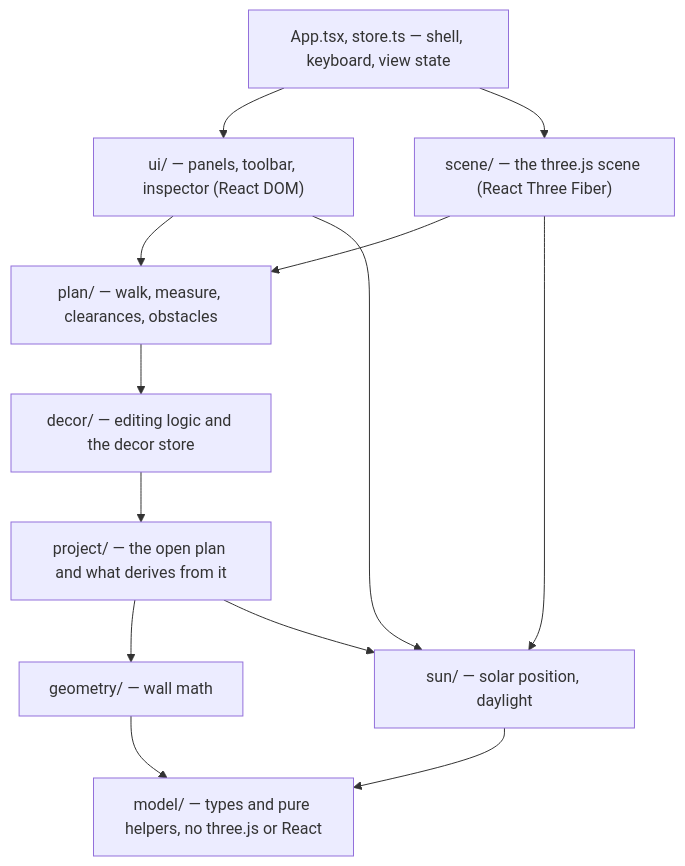
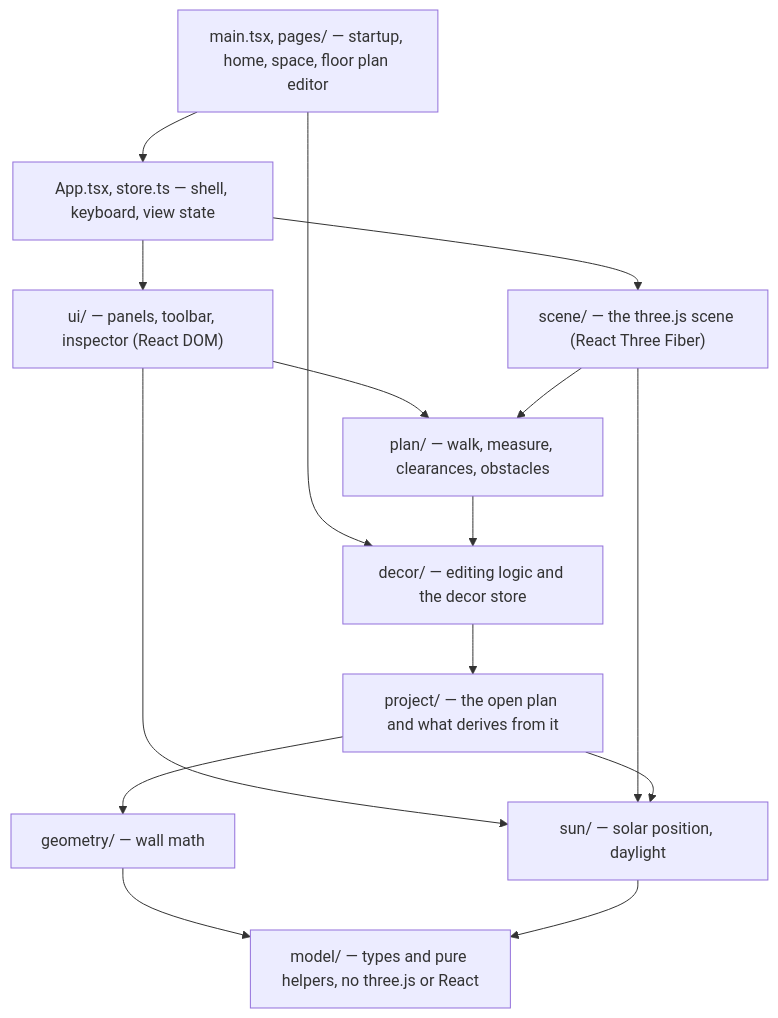
One commit to juancuiule/floorplan changed the first of 2 diagrams in docs/architecture.md. Above: the diagram before and after it, drawn with Mermaid. The commit also changed other lines of this file and 16 other files, not shown here.

First line of the commit message:
Docs: spaces, the floor plan editor, the API and how to run it in production

````diff
--- a/docs/architecture.md
+++ b/docs/architecture.md
@@ -13,21 +13,24 @@
 ```mermaid
 flowchart TD
   ui["ui/ — panels, toolbar, inspector (React DOM)"]
   scene["scene/ — the three.js scene (React Three Fiber)"]
+  pages["main.tsx, pages/ — startup, home, space, floor plan editor"]
   app["App.tsx, store.ts — shell, keyboard, view state"]
   decor["decor/ — editing logic and the decor store"]
   plan["plan/ — walk, measure, clearances, obstacles"]
   project["project/ — the open plan and what derives from it"]
   sun["sun/ — solar position, daylight"]
   geometry["geometry/ — wall math"]
   model["model/ — types and pure helpers, no three.js or React"]
+  pages --> app
+  pages --> decor
   app --> ui & scene
   ui --> plan
   scene --> plan
   ui & scene --> sun
   plan --> decor
   decor --> project
   project --> geometry & sun
   geometry --> model
   sun --> model
 ```
````
